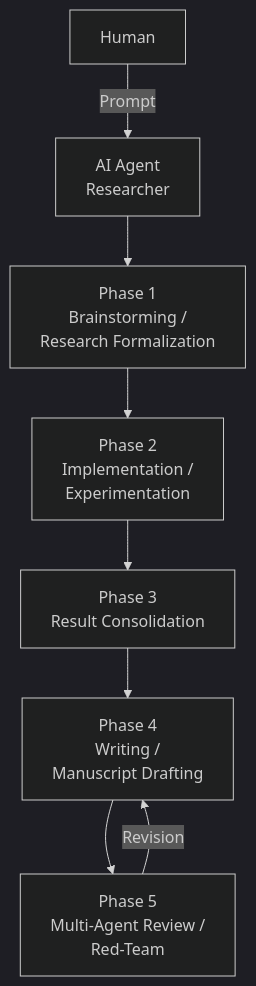
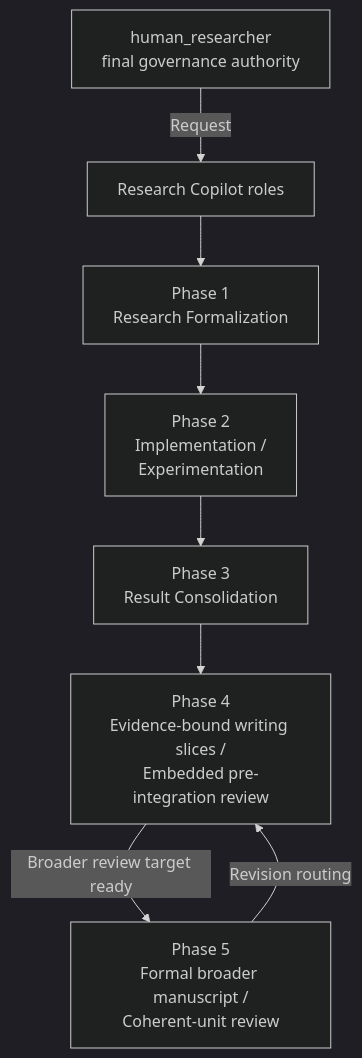
The diagram in README.md (rauffatali/my-research-copilot), drawn with Mermaid (dark theme) before and after one commit. The commit also changed other lines of this file and 24 other files, not shown here.

Commit message:
feat(manuscript): establish draft-first writing and guarded prose tooling

````diff
--- a/README.md
+++ b/README.md
@@ -11,10 +31,10 @@
 ```mermaid
 flowchart TB
-    Human[Human] -->|Prompt| Agent[AI Agent<br/>Researcher]
-    Agent --> Phase1[Phase 1<br/>Brainstorming /<br/>Research Formalization]
+    Human[human_researcher<br/>final governance authority] -->|Request| Roles[Research Copilot roles]
+    Roles --> Phase1[Phase 1<br/>Research Formalization]
     Phase1 --> Phase2[Phase 2<br/>Implementation /<br/>Experimentation]
     Phase2 --> Phase3[Phase 3<br/>Result Consolidation]
-    Phase3 --> Phase4[Phase 4<br/>Writing /<br/>Manuscript Drafting]
-    Phase4 --> Phase5[Phase 5<br/>Multi-Agent Review /<br/>Red-Team]
-    Phase5 -->|Revision| Phase4
+    Phase3 --> Phase4[Phase 4<br/>Evidence-bound writing slices /<br/>Embedded pre-integration review]
+    Phase4 -->|Broader review target ready| Phase5[Phase 5<br/>Formal broader manuscript /<br/>Coherent-unit review]
+    Phase5 -->|Revision routing| Phase4
 ```
````
